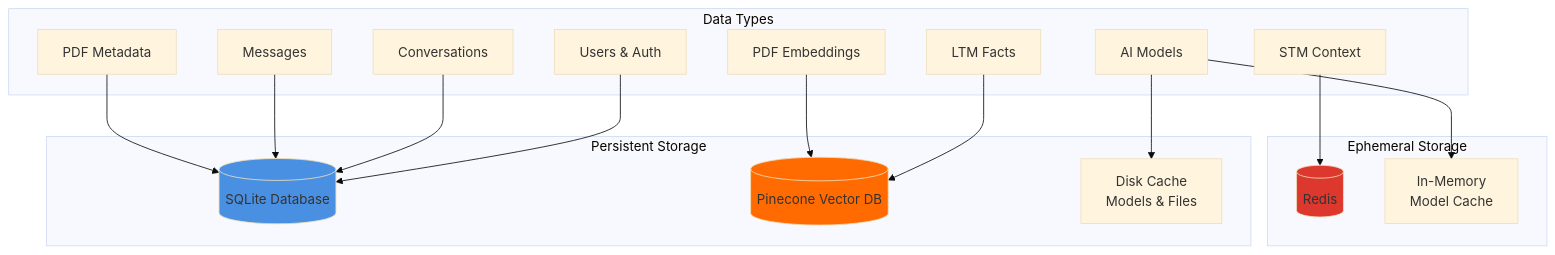
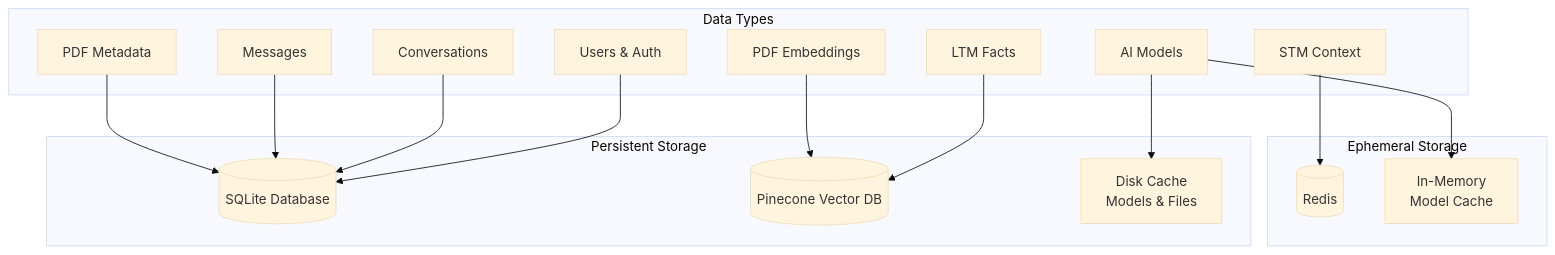
Diagram 18 of 18 in RESEARCH.md (Shashwat-Akhilesh-Shukla/Cognitive-AI), drawn with Mermaid (base theme) before and after one commit. The commit also changed other lines of this file and 4 other files, not shown here.

````diff
--- a/RESEARCH.md
+++ b/RESEARCH.md
@@ -1933,41 +1947,37 @@
 ```mermaid
 graph TB
     subgraph "Persistent Storage"
         SQLITE[(SQLite Database)]
         PINECONE[(Pinecone Vector DB)]
         DISK[Disk Cache<br/>Models & Files]
     end
     
     subgraph "Ephemeral Storage"
         REDIS[(Redis)]
         MEMORY[In-Memory<br/>Model Cache]
     end
     
     subgraph "Data Types"
         USERS[Users & Auth]
         CONVS[Conversations]
         MSGS[Messages]
         PDFS[PDF Metadata]
         STM_DATA[STM Context]
         LTM_DATA[LTM Facts]
         PDF_VECS[PDF Embeddings]
         MODELS[AI Models]
     end
     
     USERS --> SQLITE
     CONVS --> SQLITE
     MSGS --> SQLITE
     PDFS --> SQLITE
     
     STM_DATA --> REDIS
     
     LTM_DATA --> PINECONE
     PDF_VECS --> PINECONE
     
     MODELS --> DISK
     MODELS --> MEMORY
-    
-    style SQLITE fill:#4a90e2
-    style REDIS fill:#dc382d
-    style PINECONE fill:#ff6b00
 ```
````
